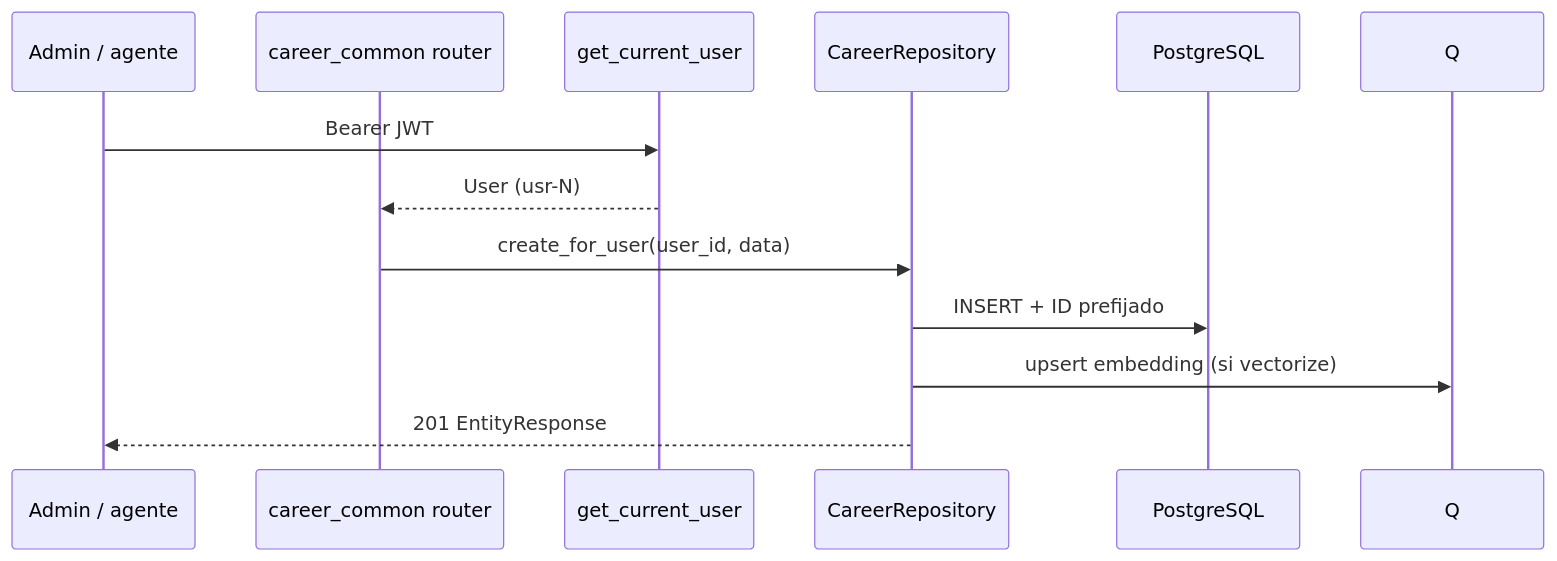
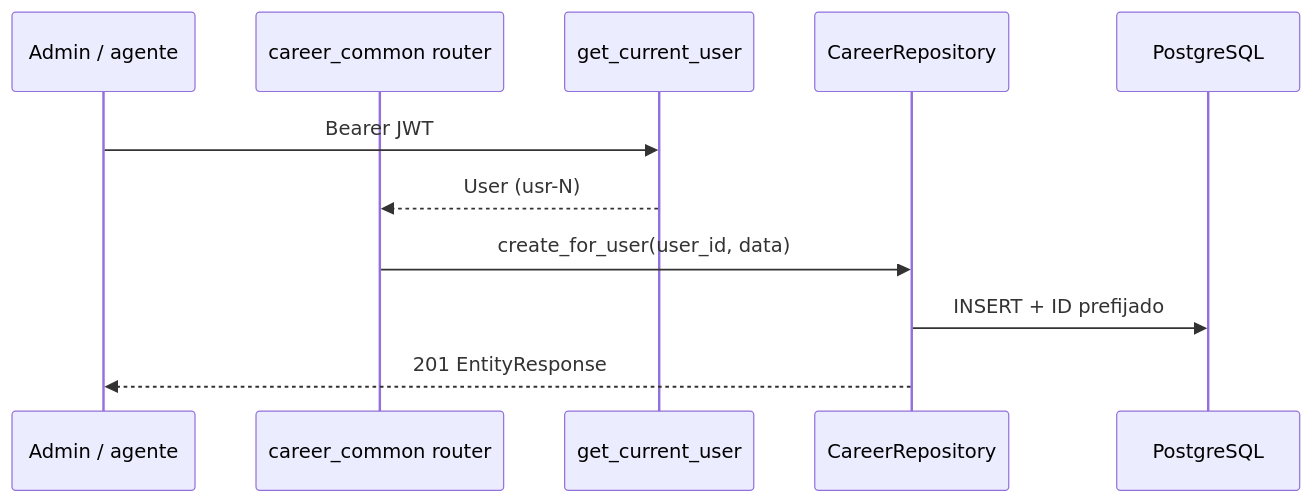
The fourth of 4 diagrams in cjhirashi-career-api/docs/ARCHITECTURE.md (cjhirashi/cjhirashi-career), drawn with Mermaid before and after one commit. The commit also changed other lines of this file and 82 other files, not shown here.

````diff
--- a/cjhirashi-career-api/docs/ARCHITECTURE.md
+++ b/cjhirashi-career-api/docs/ARCHITECTURE.md
@@ -234,15 +216,14 @@
 ```mermaid
 sequenceDiagram
     participant C as Admin / agente
     participant R as career_common router
     participant M as get_current_user
     participant Repo as CareerRepository
     participant DB as PostgreSQL
 
     C->>M: Bearer JWT
     M-->>R: User (usr-N)
     R->>Repo: create_for_user(user_id, data)
     Repo->>DB: INSERT + ID prefijado
-    Repo->>Q: upsert embedding (si vectorize)
     Repo-->>C: 201 EntityResponse
 ```
````
